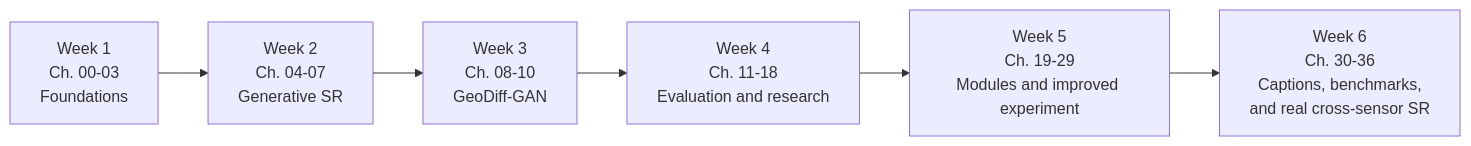
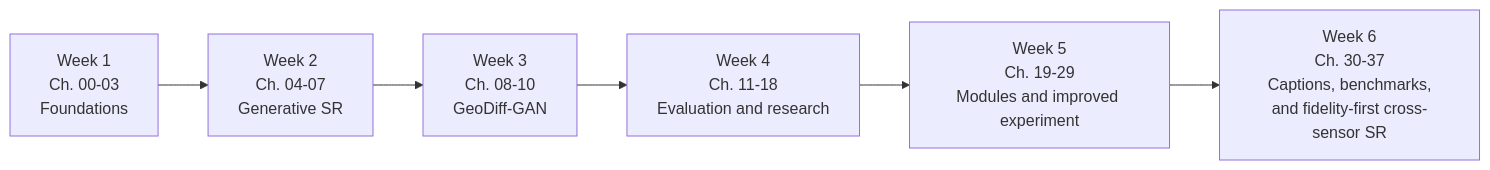
The first of 2 diagrams in learning/README.md (shashankjs2002/SI-SR-1), drawn with Mermaid before and after one commit. The commit also changed other lines of this file and 9 other files, not shown here.

````diff
--- a/learning/README.md
+++ b/learning/README.md
@@ -68,9 +69,9 @@
 ```mermaid
 flowchart LR
     A["Week 1<br/>Ch. 00-03<br/>Foundations"] -->
     B["Week 2<br/>Ch. 04-07<br/>Generative SR"] -->
     C["Week 3<br/>Ch. 08-10<br/>GeoDiff-GAN"] -->
     D["Week 4<br/>Ch. 11-18<br/>Evaluation and research"] -->
     E["Week 5<br/>Ch. 19-29<br/>Modules and improved experiment"] -->
-    F["Week 6<br/>Ch. 30-36<br/>Captions, benchmarks,<br/>and real cross-sensor SR"]
+    F["Week 6<br/>Ch. 30-37<br/>Captions, benchmarks,<br/>and fidelity-first cross-sensor SR"]
 ```
````
